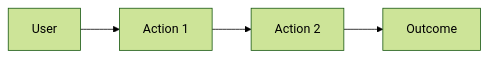
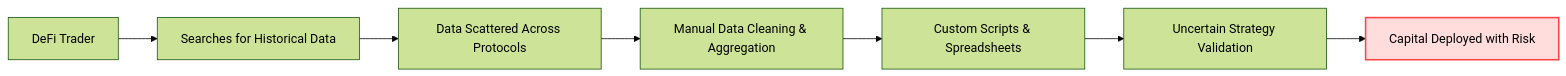
Before and after one commit to rends-east/defi-debil: the first of 2 diagrams in docs/PROJECT.md, drawn with Mermaid (forest theme). The commit also changed other lines of this file and 2 other files, not shown here.

````diff
--- a/docs/PROJECT.md
+++ b/docs/PROJECT.md
@@ -25,6 +21,11 @@
 ```mermaid
 flowchart LR
-    A[User] --> B[Action 1]
-    B --> C[Action 2]
-    C --> D[Outcome]
+    A[DeFi Trader] --> B[Searches for Historical Data]
+    B --> C[Data Scattered Across Protocols]
+    C --> D[Manual Data Cleaning & Aggregation]
+    D --> E[Custom Scripts & Spreadsheets]
+    E --> F[Uncertain Strategy Validation]
+    F --> G[Capital Deployed with Risk]
+
+    style G fill:#ffdddd,stroke:#ff4444,stroke-width:2px
 ```
````
